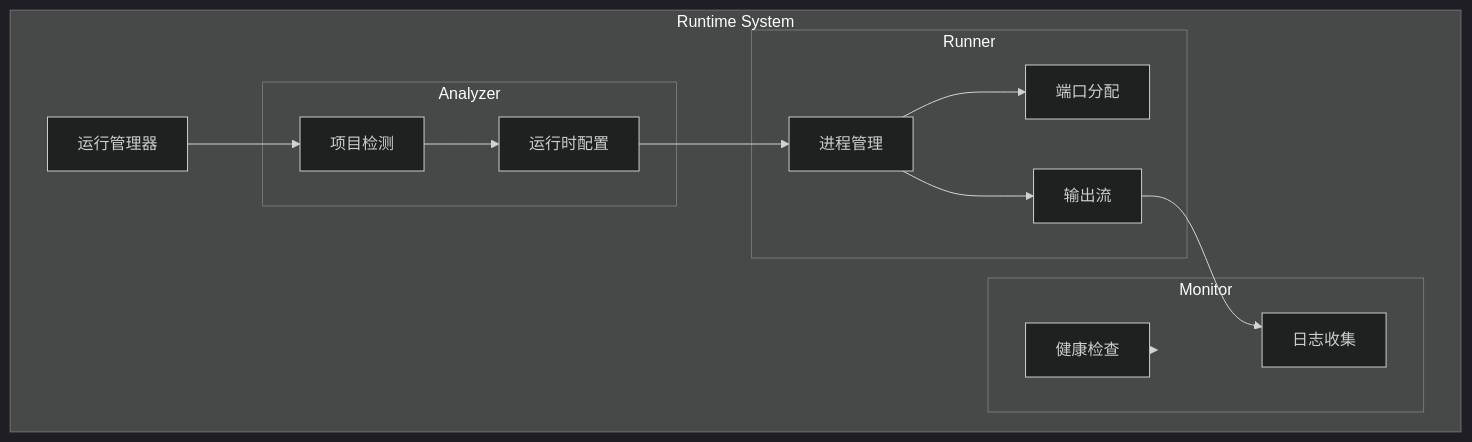
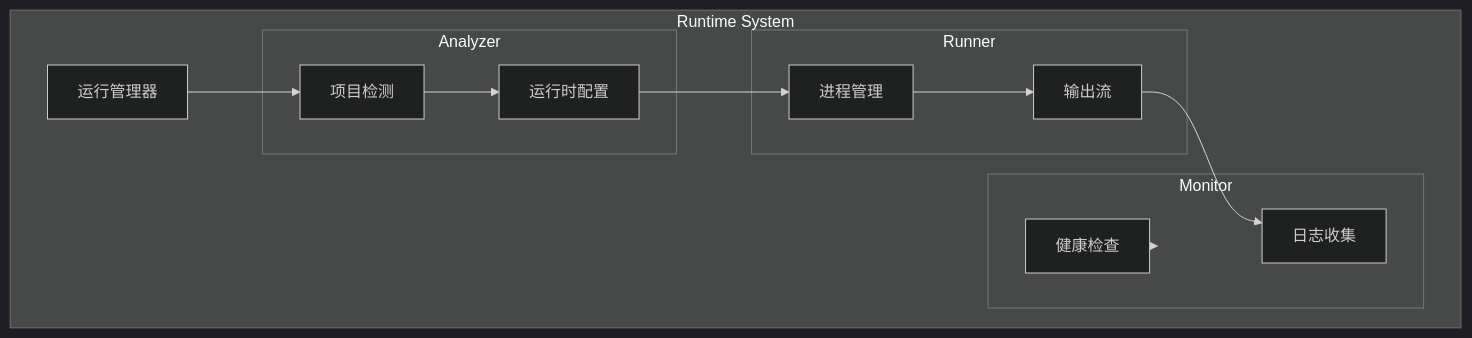
Before and after one commit to sopaco/cowork-forge: the sixth of 8 diagrams in docs/c05-subsystems.md, drawn with Mermaid (dark theme). The commit also changed other lines of this file and 5 other files, not shown here.

````diff
--- a/docs/c05-subsystems.md
+++ b/docs/c05-subsystems.md
@@ -341,30 +339,28 @@
 ```mermaid
 graph TB
     subgraph "Runtime System"
         Manager[运行管理器]
         
         subgraph "Analyzer"
             Detect[项目检测]
             Config[运行时配置]
         end
         
         subgraph "Runner"
             ProcessMgr[进程管理]
-            PortAlloc[端口分配]
             Output[输出流]
         end
         
         subgraph "Monitor"
             Health[健康检查]
             Log[日志收集]
         end
         
         Manager --> Detect
         Detect --> Config
         Config --> ProcessMgr
-        ProcessMgr --> PortAlloc
         ProcessMgr --> Output
         Output --> Log
         Health --> Monitor
     end
 ```
````
